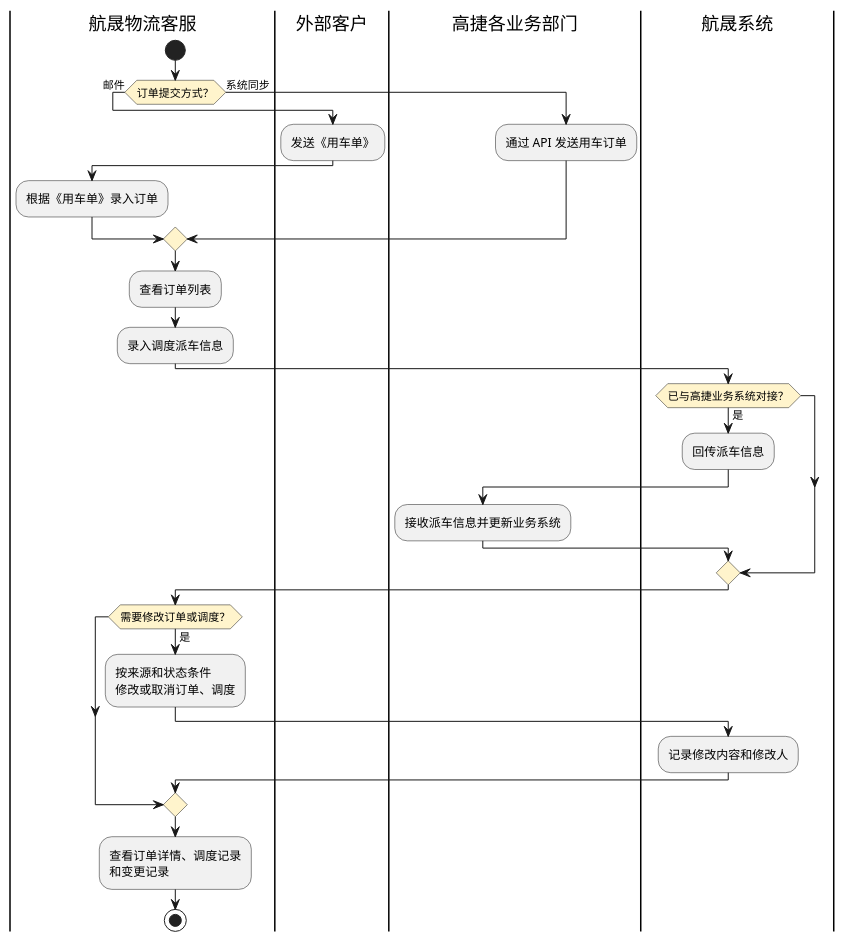
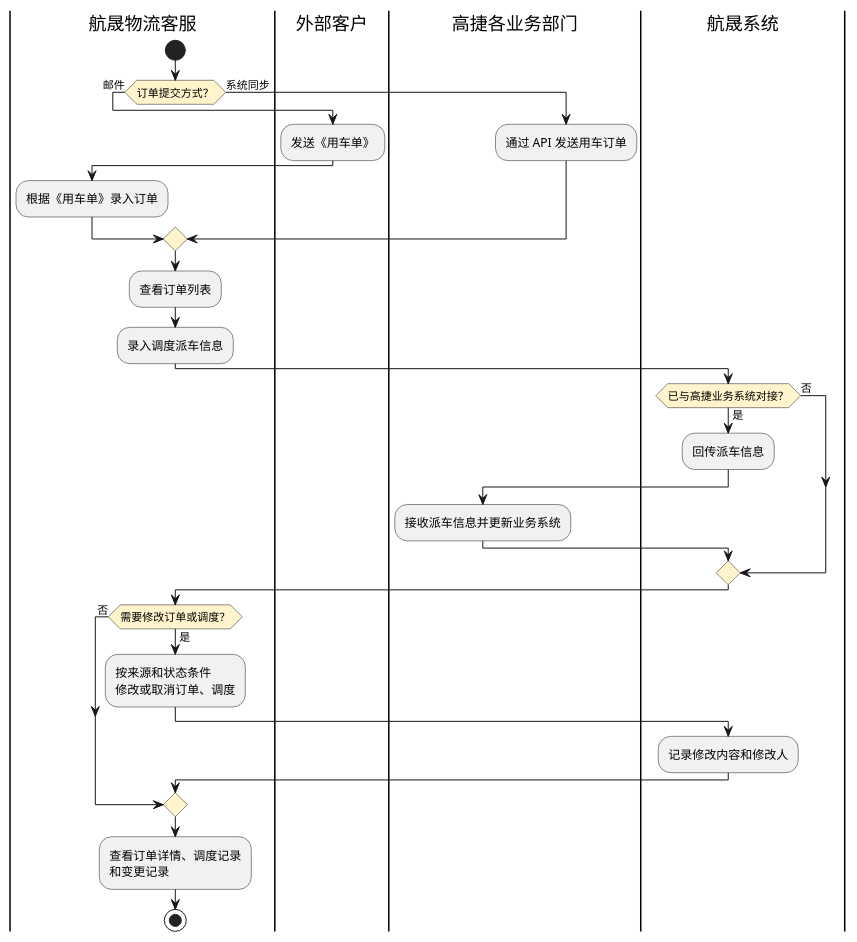
The first of 3 diagrams in product-caliber/goldjet/segmented-prd/PRD.高捷物流系统一期.第015篇.用车-订单管理.32C78B8106.md (jack888332/projects-doc), drawn with PlantUML before and after one commit. The commit also changed other lines of this file and 18 other files, not shown here.

Commit message:
优化DSL图细节

````diff
--- a/product-caliber/goldjet/segmented-prd/PRD.高捷物流系统一期.第015篇.用车-订单管理.32C78B8106.md
+++ b/product-caliber/goldjet/segmented-prd/PRD.高捷物流系统一期.第015篇.用车-订单管理.32C78B8106.md
@@ -62,34 +62,36 @@
 ```plantuml
 @startuml goldjet-015-order-dispatch
 skinparam activityDiamondBackgroundColor #FFF4CC
 |航晟物流客服|
 start
 if (订单提交方式？) then (邮件)
   |外部客户|
   :发送《用车单》;
   |航晟物流客服|
   :根据《用车单》录入订单;
 else (系统同步)
   |高捷各业务部门|
   :通过 API 发送用车订单;
 endif
 |航晟物流客服|
 :查看订单列表;
 :录入调度派车信息;
 |航晟系统|
 if (已与高捷业务系统对接？) then (是)
   :回传派车信息;
   |高捷各业务部门|
   :接收派车信息并更新业务系统;
+else (否)
 endif
 |航晟物流客服|
 if (需要修改订单或调度？) then (是)
   :按来源和状态条件\n修改或取消订单、调度;
   |航晟系统|
   :记录修改内容和修改人;
+else (否)
 endif
 |航晟物流客服|
 :查看订单详情、调度记录\n和变更记录;
 stop
 @enduml
 ```
````
